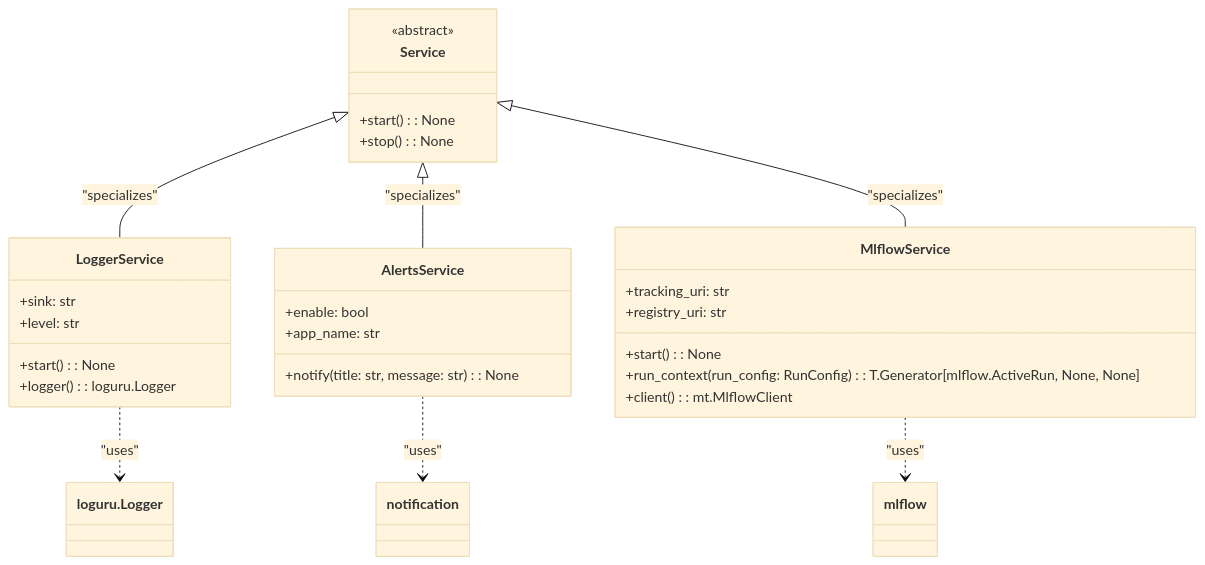
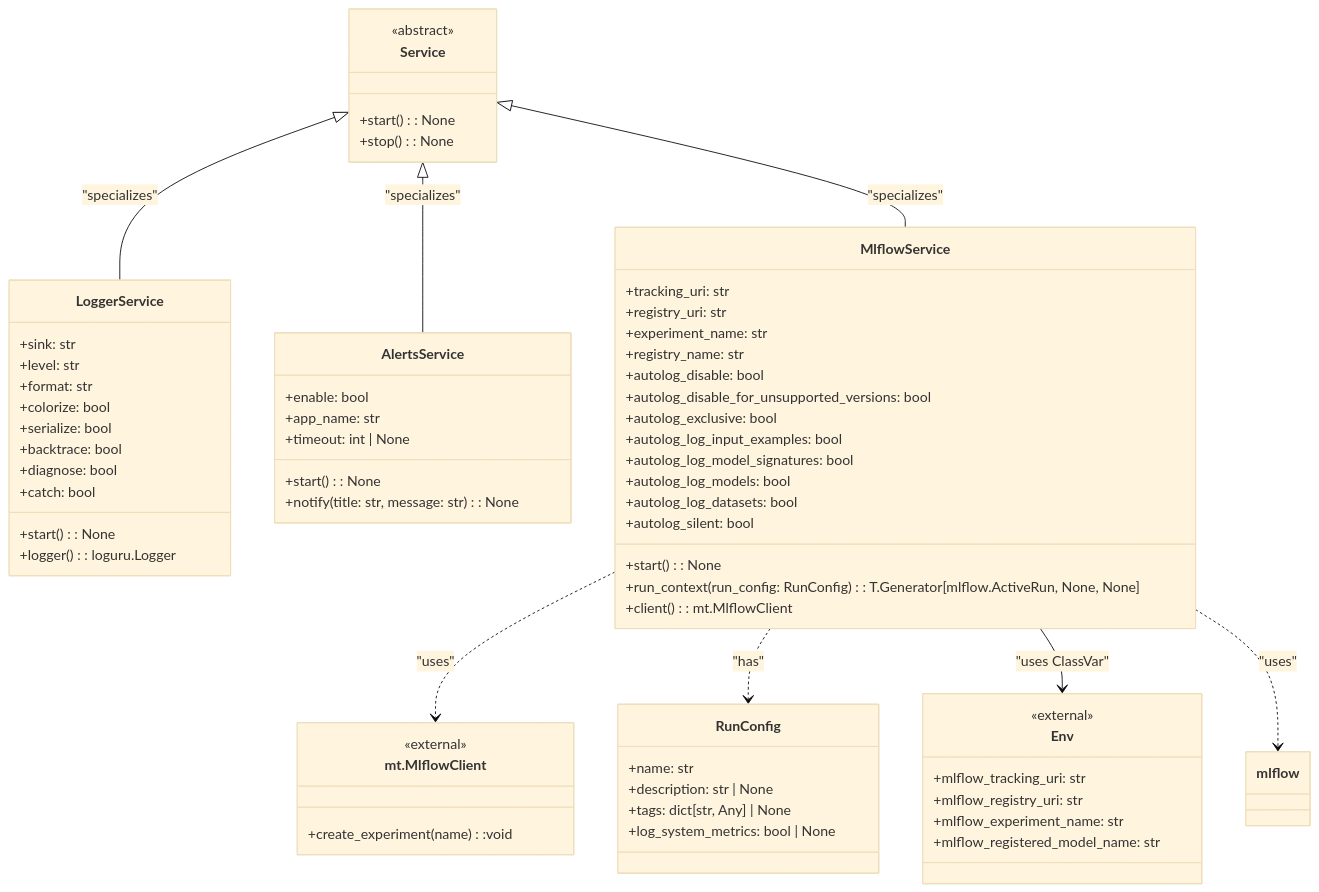
One commit to lgcorzo/llmops-python-package changed the diagram in Documents/Services_stories.md. Above: the diagram before and after it, drawn with Mermaid (base theme). The commit also changed other lines of this file and 25 other files, not shown here.

````diff
--- a/Documents/Services_stories.md
+++ b/Documents/Services_stories.md
@@ -19,41 +19,83 @@
 ```mermaid
 classDiagram
     %% Base Class: Service
     class Service {
         <<abstract>>
         +start(): None
         +stop(): None
     }
 
     %% LoggerService Class
     class LoggerService {
         +sink: str
         +level: str
+        +format: str
+        +colorize: bool
+        +serialize: bool
+        +backtrace: bool
+        +diagnose: bool
+        +catch: bool
         +start(): None
         +logger(): loguru.Logger
     }
     Service <|-- LoggerService : "specializes"
 
     %% AlertsService Class
     class AlertsService {
         +enable: bool
         +app_name: str
+        +timeout: int | None
+        +start(): None
         +notify(title: str, message: str): None
     }
     Service <|-- AlertsService : "specializes"
 
     %% MlflowService Class
     class MlflowService {
         +tracking_uri: str
         +registry_uri: str
+        +experiment_name: str
+        +registry_name: str
+        +autolog_disable: bool
+        +autolog_disable_for_unsupported_versions: bool
+        +autolog_exclusive: bool
+        +autolog_log_input_examples: bool
+        +autolog_log_model_signatures: bool
+        +autolog_log_models: bool
+        +autolog_log_datasets: bool
+        +autolog_silent: bool
         +start(): None
         +run_context(run_config: RunConfig): T.Generator[mlflow.ActiveRun, None, None]
         +client(): mt.MlflowClient
     }
     Service <|-- MlflowService : "specializes"
 
-    %% Relationships
-    LoggerService ..> loguru.Logger : "uses"
-    AlertsService ..> notification : "uses"
+    %% MlflowClient Class (External)
+    class mt.MlflowClient {
+       <<external>>
+       +create_experiment(name):void
+    }
+
+   MlflowService ..> mt.MlflowClient : "uses"
+    %% Inner RunConfig Class
+    class RunConfig {
+        +name: str
+        +description: str | None
+        +tags: dict[str, Any] | None
+        +log_system_metrics: bool | None
+    }
+    MlflowService ..> RunConfig : "has"
+
+    %% Inner Env Class (External)
+    class Env {
+        <<external>>
+        +mlflow_tracking_uri: str
+        +mlflow_registry_uri: str
+        +mlflow_experiment_name: str
+        +mlflow_registered_model_name: str
+    }
+
+    MlflowService --> Env : "uses ClassVar"
     MlflowService ..> mlflow : "uses"
+
 ```
````
